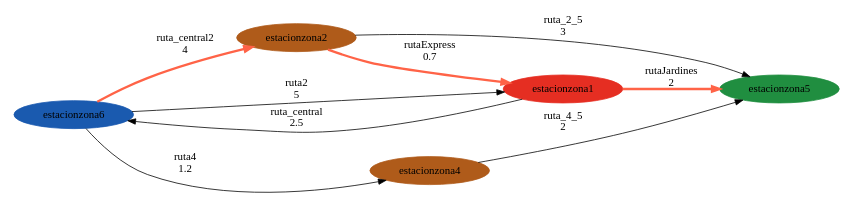
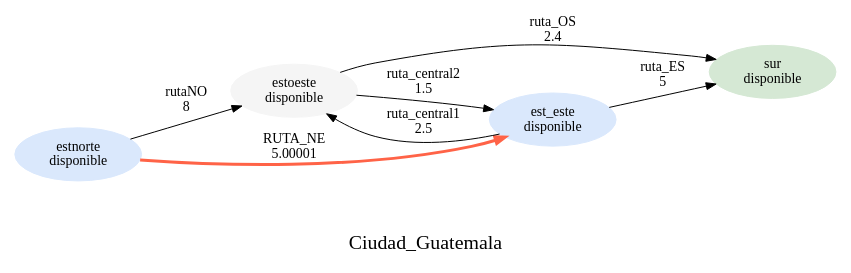
The diagram in MapTracing/fsm.gv (GAQF202/MapTracing), drawn with Graphviz before and after one commit. The commit also changed 16 other files, not shown here.

```diff
--- a/MapTracing/fsm.gv
+++ b/MapTracing/fsm.gv
@@ -1,37 +1,48 @@
 digraph finite_state_machine {
 	rankdir=LR size="8,5"
-	node [color="#1A5AAF" shape=ellipse style=filled]
-	estacionzona6
-	node [color="#AF5B1A" shape=ellipse style=filled]
-	estacionzona2
-	node [color="#E52E22" shape=ellipse style=filled]
-	estacionzona1
-	node [color="#208E40" shape=ellipse style=filled]
-	estacionzona5
-	node [color="#AF5B1A" shape=ellipse style=filled]
-	estacionzona4
+	label="\n\nCiudad_Guatemala
+"
+	fontsize=20
+	node [color="#dae8fc" shape=ellipse style=filled]
+	"estnorte
+disponible"
+	node [color="#f5f5f5" shape=ellipse style=filled]
+	"estoeste
+disponible"
+	node [color="#dae8fc" shape=ellipse style=filled]
+	"est_este
+disponible"
+	node [color="#d5e8d4" shape=ellipse style=filled]
+	"sur
+disponible"
 	edge [color=black penwidth=""]
-	estacionzona1 -> estacionzona6 [label="ruta_central
+	"est_este
+disponible" -> "estoeste
+disponible" [label="ruta_central1
 2.5"]
+	edge [color=black penwidth=""]
+	"estoeste
+disponible" -> "est_este
+disponible" [label="ruta_central2
+1.5"]
+	edge [color=black penwidth=""]
+	"estnorte
+disponible" -> "estoeste
+disponible" [label="rutaNO
+8"]
 	edge [color="#FF6347" penwidth=3]
-	estacionzona6 -> estacionzona2 [label="ruta_central2
-4"]
+	"estnorte
+disponible" -> "est_este
+disponible" [label="RUTA_NE
+5.00001"]
 	edge [color=black penwidth=""]
-	estacionzona6 -> estacionzona1 [label="ruta2
+	"estoeste
+disponible" -> "sur
+disponible" [label="ruta_OS
+2.4"]
+	edge [color=black penwidth=""]
+	"est_este
+disponible" -> "sur
+disponible" [label="ruta_ES
 5"]
-	edge [color="#FF6347" penwidth=3]
-	estacionzona2 -> estacionzona1 [label="rutaExpress
-0.7"]
-	edge [color="#FF6347" penwidth=3]
-	estacionzona1 -> estacionzona5 [label="rutaJardines
-2"]
-	edge [color=black penwidth=""]
-	estacionzona6 -> estacionzona4 [label="ruta4
-1.2"]
-	edge [color=black penwidth=""]
-	estacionzona4 -> estacionzona5 [label="ruta_4_5
-2"]
-	edge [color=black penwidth=""]
-	estacionzona2 -> estacionzona5 [label="ruta_2_5
-3"]
 }
```
